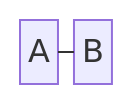
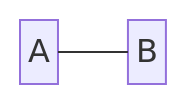
Diagram 20 of 29 in docs/syntax/block.md (mermaid-js/mermaid), drawn with Mermaid before and after one commit. The commit also changed other lines of this file and 8 other files, not shown here.

````diff
--- a/docs/syntax/block.md
+++ b/docs/syntax/block.md
@@ -408,4 +447,5 @@
 ```mermaid
 block-beta
+  A space B
   A --- B
 ```
````
